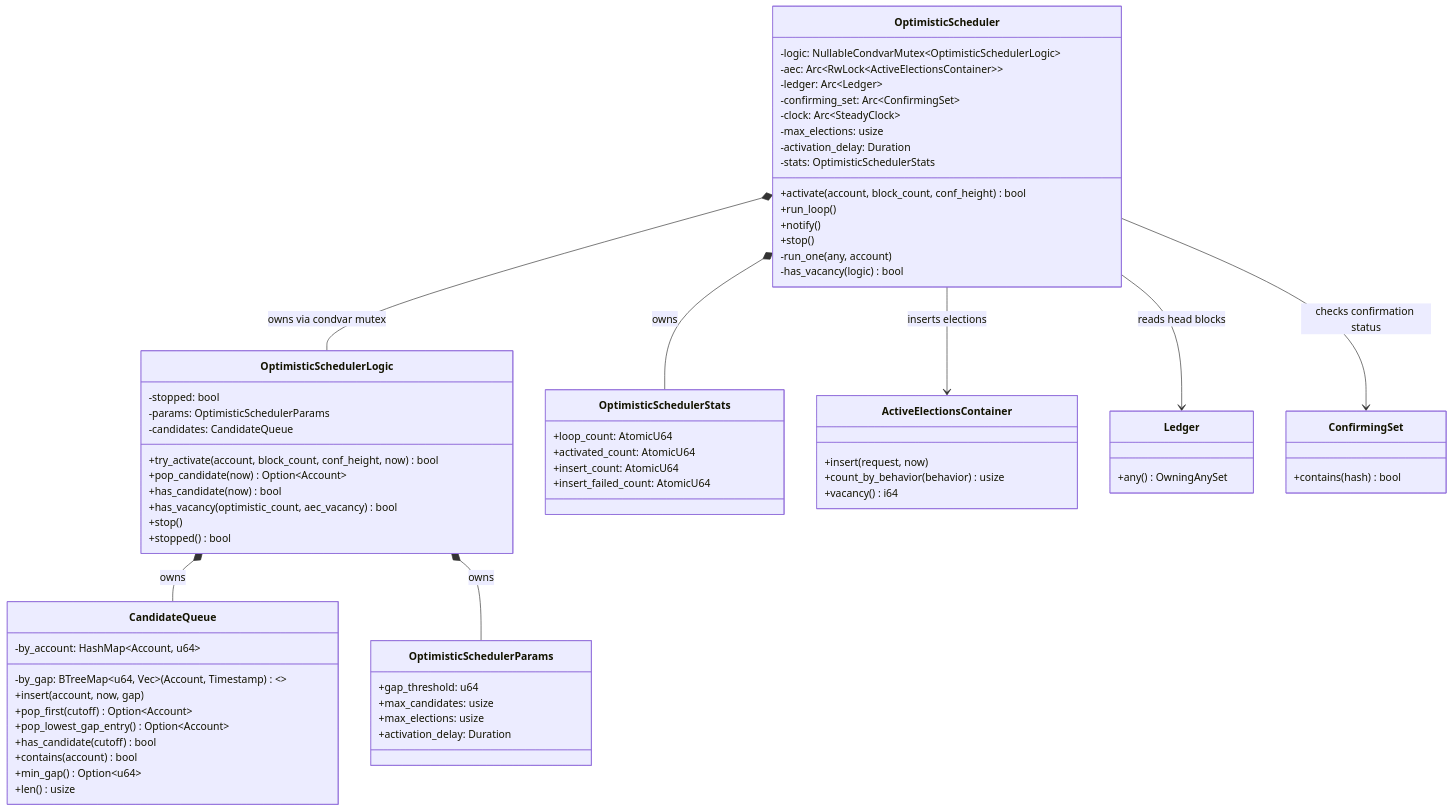
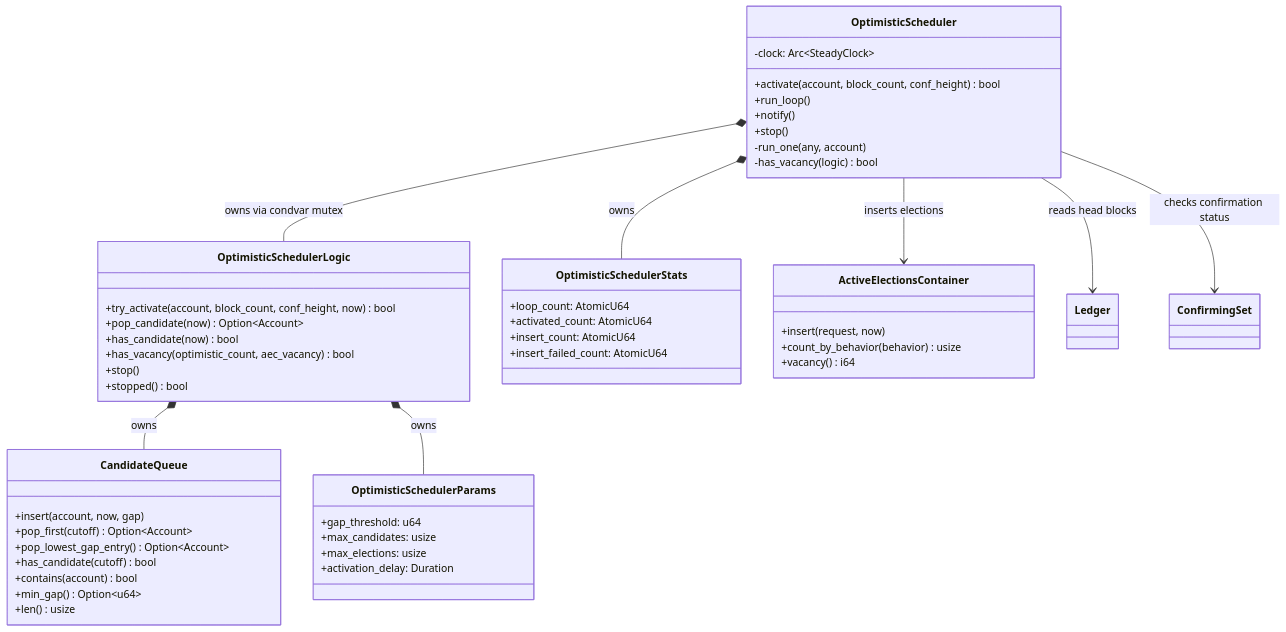
The diagram in node/src/consensus/election_schedulers/optimistic/README.md (Fiono11/rsnano-node), drawn with Mermaid before and after one commit. The commit also changed other lines of this file, not shown here.

Commit message:
Simplify/correct documentation

````diff
--- a/node/src/consensus/election_schedulers/optimistic/README.md
+++ b/node/src/consensus/election_schedulers/optimistic/README.md
@@ -54,79 +54,65 @@
 ```mermaid
 classDiagram
     class OptimisticScheduler {
-        -logic: NullableCondvarMutex~OptimisticSchedulerLogic~
-        -aec: Arc~RwLock~ActiveElectionsContainer~~
-        -ledger: Arc~Ledger~
-        -confirming_set: Arc~ConfirmingSet~
         -clock: Arc~SteadyClock~
-        -max_elections: usize
-        -activation_delay: Duration
-        -stats: OptimisticSchedulerStats
         +activate(account, block_count, conf_height) bool
         +run_loop()
         +notify()
         +stop()
         -run_one(any, account)
         -has_vacancy(logic) bool
     }
 
     class OptimisticSchedulerLogic {
-        -stopped: bool
-        -params: OptimisticSchedulerParams
-        -candidates: CandidateQueue
         +try_activate(account, block_count, conf_height, now) bool
         +pop_candidate(now) Option~Account~
         +has_candidate(now) bool
         +has_vacancy(optimistic_count, aec_vacancy) bool
         +stop()
         +stopped() bool
     }
 
     class CandidateQueue {
-        -by_account: HashMap~Account, u64~
-        -by_gap: BTreeMap~u64, Vec~(Account, Timestamp)~~
         +insert(account, now, gap)
         +pop_first(cutoff) Option~Account~
         +pop_lowest_gap_entry() Option~Account~
         +has_candidate(cutoff) bool
         +contains(account) bool
         +min_gap() Option~u64~
         +len() usize
     }
 
     class OptimisticSchedulerParams {
         +gap_threshold: u64
         +max_candidates: usize
         +max_elections: usize
         +activation_delay: Duration
     }
 
     class OptimisticSchedulerStats {
         +loop_count: AtomicU64
         +activated_count: AtomicU64
         +insert_count: AtomicU64
         +insert_failed_count: AtomicU64
     }
 
     class ActiveElectionsContainer {
         +insert(request, now)
         +count_by_behavior(behavior) usize
         +vacancy() i64
     }
 
     class Ledger {
-        +any() OwningAnySet
     }
 
     class ConfirmingSet {
-        +contains(hash) bool
     }
 
     OptimisticScheduler *-- OptimisticSchedulerLogic : owns via condvar mutex
     OptimisticScheduler *-- OptimisticSchedulerStats : owns
     OptimisticScheduler --> ActiveElectionsContainer : inserts elections
     OptimisticScheduler --> Ledger : reads head blocks
     OptimisticScheduler --> ConfirmingSet : checks confirmation status
     OptimisticSchedulerLogic *-- CandidateQueue : owns
     OptimisticSchedulerLogic *-- OptimisticSchedulerParams : owns
 ```
````
